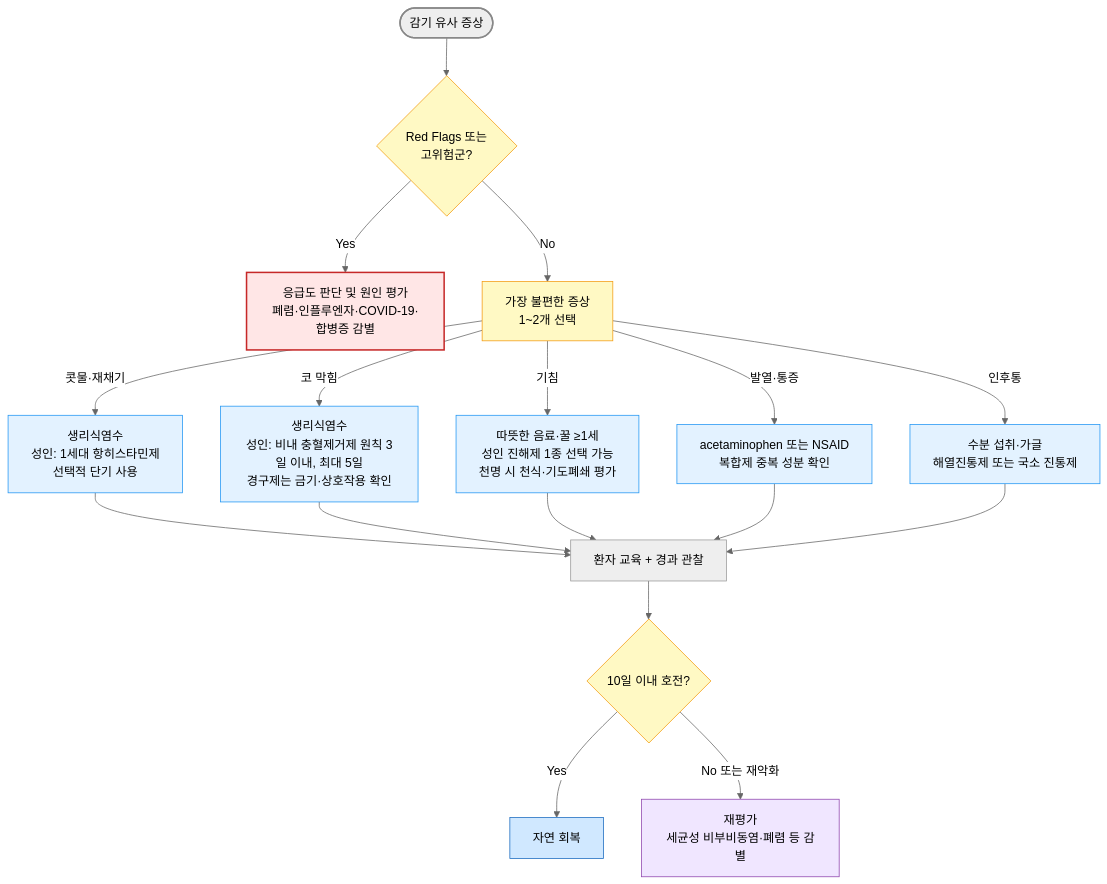
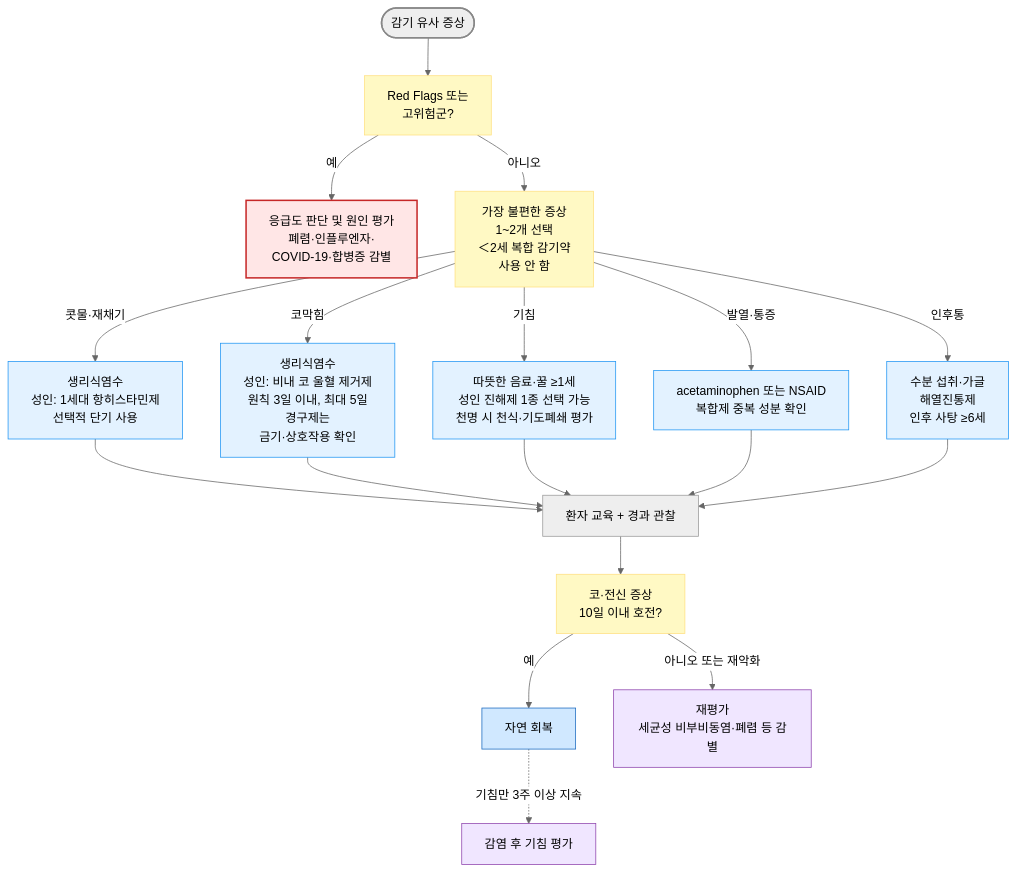
One commit to familyoh77/familyoh77 changed the diagram in 223_/060_-common-cold.md. Above: the diagram before and after it, drawn with Mermaid (neutral theme). The commit also changed other lines of this file, not shown here.

````diff
--- a/223_/060_-common-cold.md
+++ b/223_/060_-common-cold.md
@@ -133,35 +137,33 @@
 ```mermaid
 flowchart TD
-    A(["감기 유사 증상"]) --> X{"Red Flags 또는<br/>고위험군?"}
-    X -->|Yes| E["응급도 판단 및 원인 평가<br/>폐렴·인플루엔자·COVID-19·합병증 감별"]
-    X -->|No| B["가장 불편한 증상<br/>1~2개 선택"]
+    A(["감기 유사 증상"]) --> X["Red Flags 또는<br/>고위험군?"]
+    X -->|예| E["응급도 판단 및 원인 평가<br/>폐렴·인플루엔자·<br/>COVID-19·합병증 감별"]
+    X -->|아니오| B["가장 불편한 증상<br/>1~2개 선택<br/>＜2세 복합 감기약<br/>사용 안 함"]
 
     B -->|콧물·재채기| R["생리식염수<br/>성인: 1세대 항히스타민제<br/>선택적 단기 사용"]
-
-    B -->|코 막힘| C["생리식염수<br/>성인: 비내 충혈제거제 원칙 3일 이내, 최대 5일<br/>경구제는 금기·상호작용 확인"]
-
+    B -->|코막힘| C["생리식염수<br/>성인: 비내 코 울혈 제거제<br/>원칙 3일 이내, 최대 5일<br/>경구제는<br/>금기·상호작용 확인"]
     B -->|기침| K["따뜻한 음료·꿀 ≥1세<br/>성인 진해제 1종 선택 가능<br/>천명 시 천식·기도폐쇄 평가"]
-
     B -->|발열·통증| F["acetaminophen 또는 NSAID<br/>복합제 중복 성분 확인"]
-
-    B -->|인후통| S["수분 섭취·가글<br/>해열진통제 또는 국소 진통제"]
+    B -->|인후통| S["수분 섭취·가글<br/>해열진통제<br/>인후 사탕 ≥6세"]
 
     R --> Z["환자 교육 + 경과 관찰"]
     C --> Z
     K --> Z
     F --> Z
     S --> Z
 
-    Z --> Y{"10일 이내 호전?"}
-    Y -->|Yes| END["자연 회복"]
-    Y -->|No 또는 재악화| RE["재평가<br/>세균성 비부비동염·폐렴 등 감별"]
+    Z --> Y["코·전신 증상<br/>10일 이내 호전?"]
+    Y -->|예| END["자연 회복"]
+    Y -->|아니오 또는 재악화| RE["재평가<br/>세균성 비부비동염·폐렴 등 감별"]
+    END -.->|기침만 3주 이상 지속| PIC["감염 후 기침 평가"]
 
-style A fill:#eeeeee,stroke:#888888,stroke-width:2px
-style E fill:#ffe6e6,stroke:#c62828,stroke-width:2px
-classDef yellow fill:#fff9c4,stroke:#f39c12
-class X,B,Y yellow
-classDef sky fill:#e3f2ff,stroke:#2196f3
-class R,C,K,F,S sky
-style END fill:#d0e8ff,stroke:#1a6abf
-style RE fill:#f0e6ff,stroke:#8e44ad
+    style A fill:#eeeeee,stroke:#888888,stroke-width:2px
+    style E fill:#ffe6e6,stroke:#c62828,stroke-width:2px
+    classDef yellow fill:#fff9c4,stroke:#ffe082
+    class X,B,Y yellow
+    classDef sky fill:#e3f2ff,stroke:#2196f3
+    class R,C,K,F,S sky
+    style END fill:#d0e8ff,stroke:#1a6abf
+    style RE fill:#f0e6ff,stroke:#8e44ad
+    style PIC fill:#f0e6ff,stroke:#8e44ad
 ```
````
